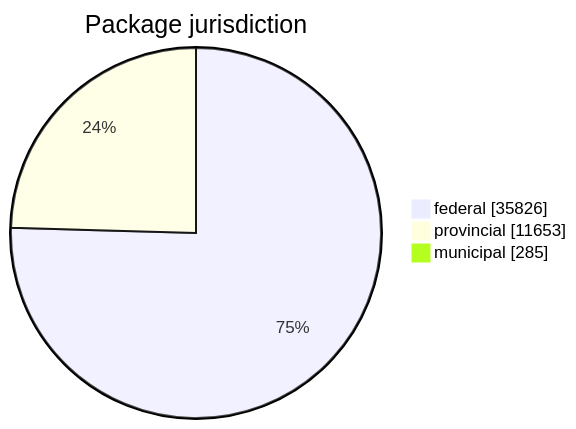
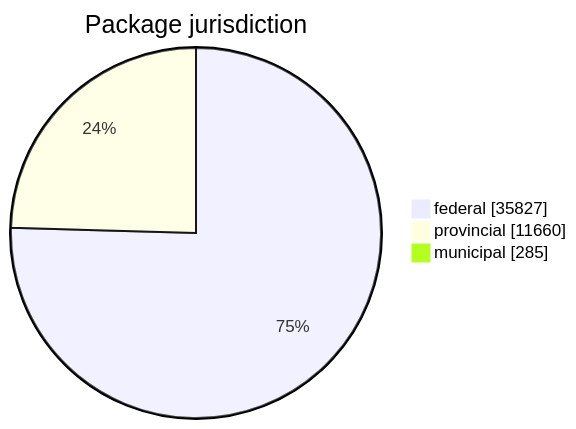
Before and after one commit to open-data/analytics-corporate-reporting: the first of 5 diagrams in FreshCheck/README.md, drawn with Mermaid. The commit also changed other lines of this file and 3 other files, not shown here.

````diff
--- a/FreshCheck/README.md
+++ b/FreshCheck/README.md
@@ -60,6 +60,6 @@
 ```mermaid
 pie showData title Package jurisdiction
-    "federal": 35826
-    "provincial": 11653
+    "federal": 35827
+    "provincial": 11660
     "municipal": 285
 ```
````
